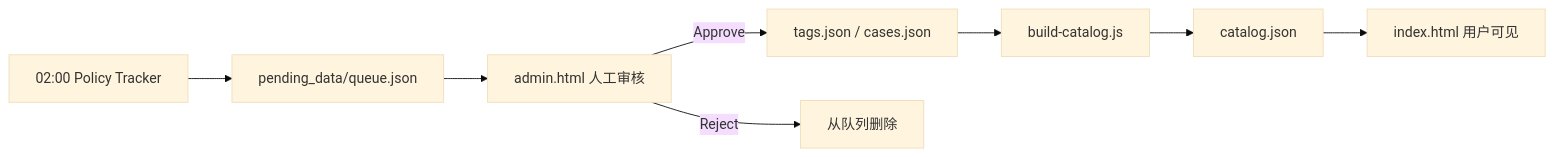
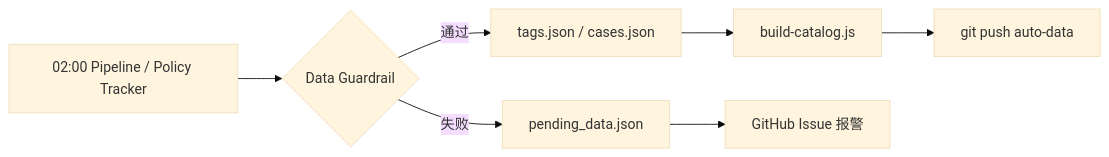
The diagram in docs/DATA_REVIEW.md (CareyC82/Trade-Comply), drawn with Mermaid (base theme) before and after one commit. The commit also changed other lines of this file and 22 other files, not shown here.

Commit message:
auto: release validation guardrail

````diff
--- a/docs/DATA_REVIEW.md
+++ b/docs/DATA_REVIEW.md
@@ -10,10 +11,9 @@
 ```mermaid
 flowchart LR
-    A[02:00 Policy Tracker] --> B[pending_data/queue.json]
-    B --> C[admin.html 人工审核]
-    C -->|Approve| D[tags.json / cases.json]
-    C -->|Reject| E[从队列删除]
-    D --> F[build-catalog.js]
-    F --> G[catalog.json]
-    G --> H[index.html 用户可见]
+    A[02:00 Pipeline / Policy Tracker] --> B{Data Guardrail}
+    B -->|通过| C[tags.json / cases.json]
+    B -->|失败| D[pending_data.json]
+    C --> E[build-catalog.js]
+    E --> F[git push auto-data]
+    D --> G[GitHub Issue 报警]
 ```
````
